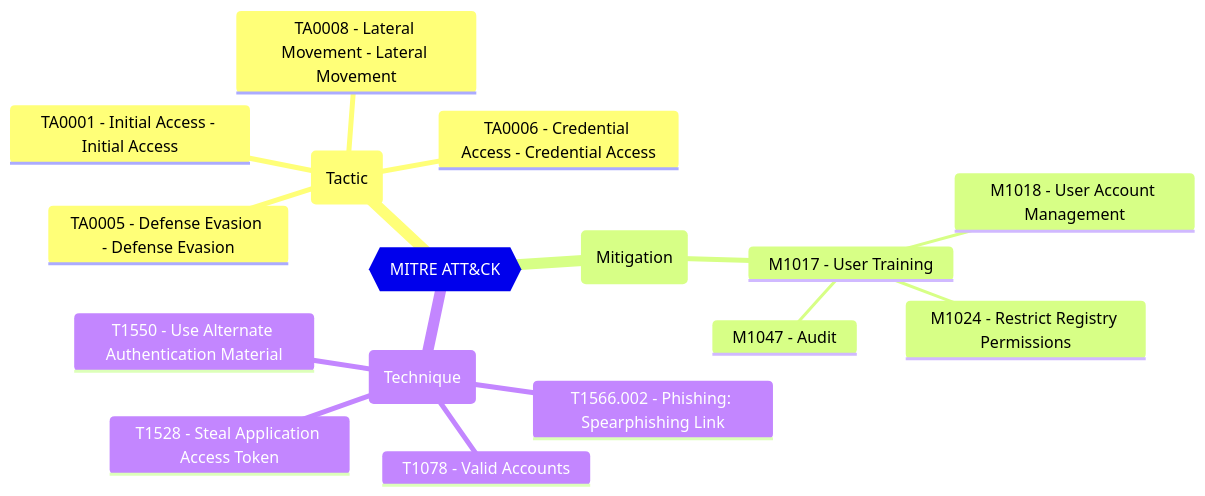
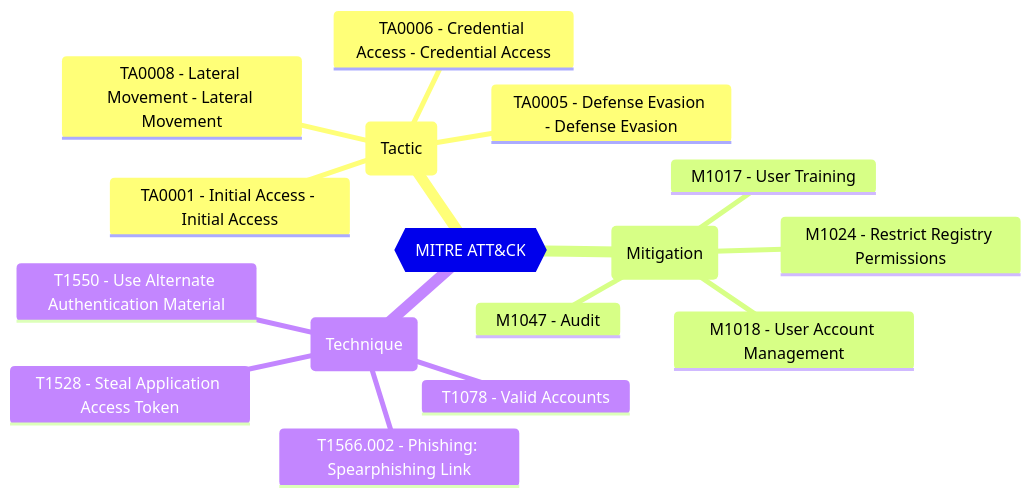
The diagram in website/docs/tests/eidsca/EIDSCA.AP10.md (maester365/maester), drawn with Mermaid before and after one commit. The commit also changed other lines of this file and 10 other files, not shown here.

````diff
--- a/website/docs/tests/eidsca/EIDSCA.AP10.md
+++ b/website/docs/tests/eidsca/EIDSCA.AP10.md
@@ -32,19 +32,19 @@
 ```mermaid
 mindmap
   root{{MITRE ATT&CK}}
     (Tactic)
       TA0001 - Initial Access - Initial Access
       TA0005 - Defense Evasion - Defense Evasion
       TA0006 - Credential Access - Credential Access
       TA0008 - Lateral Movement - Lateral Movement
     (Mitigation)
       M1017 - User Training
-       M1018 - User Account Management
-       M1024 - Restrict Registry Permissions
-       M1047 - Audit
+      M1018 - User Account Management
+      M1024 - Restrict Registry Permissions
+      M1047 - Audit
     (Technique)
       T1566.002 - Phishing: Spearphishing Link
       T1078 - Valid Accounts
       T1550 - Use Alternate Authentication Material
       T1528 - Steal Application Access Token
 ```
````
